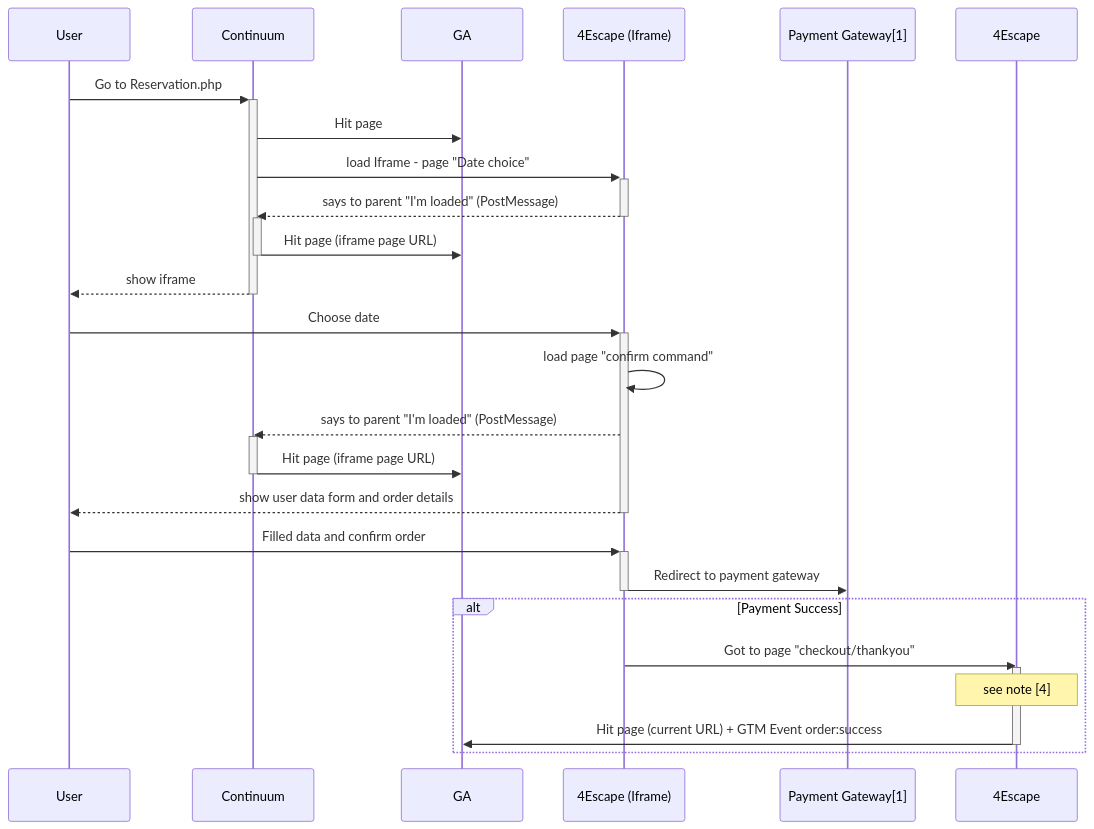
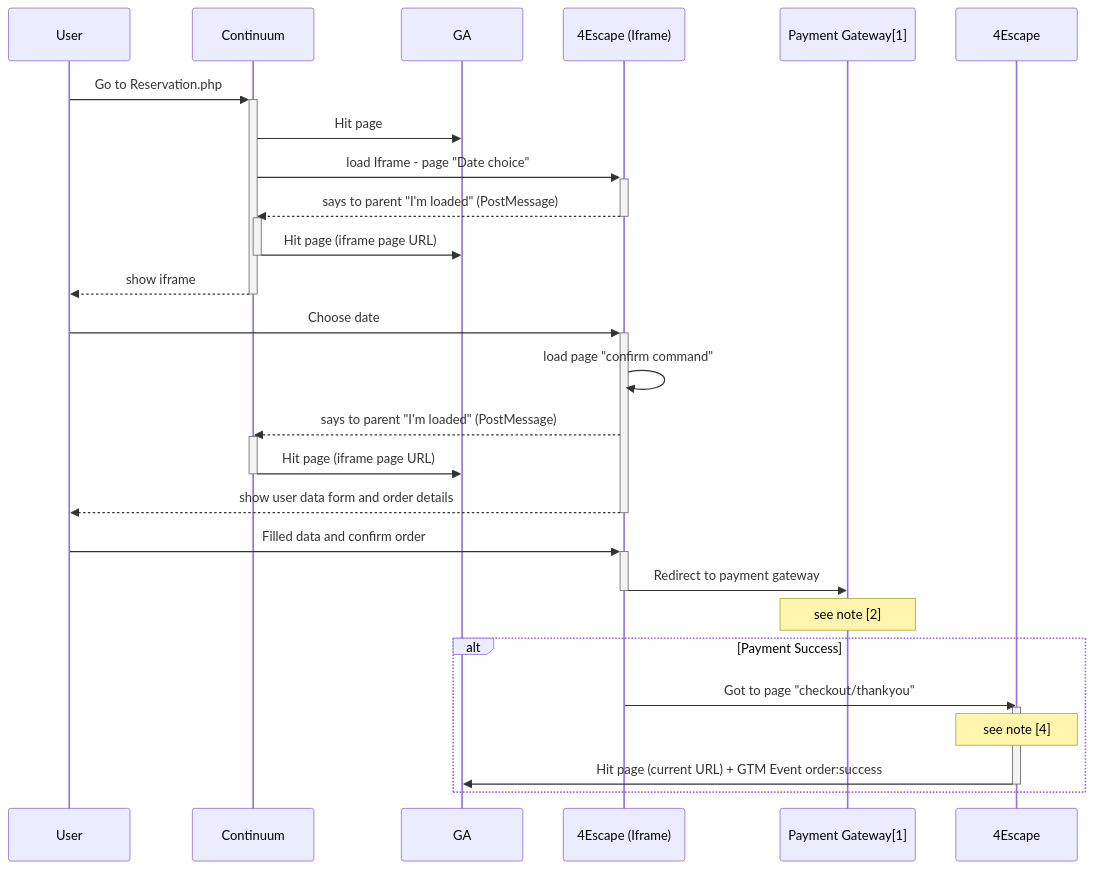
The diagram in doc/continuum/Sequence-session.md (NansPellicari/stackEdit), drawn with Mermaid before and after one commit. The commit also changed other lines of this file, not shown here.

Commit message:
doc/continuum/Sequence-session.md updated from https://stackedit.io/

````diff
--- a/doc/continuum/Sequence-session.md
+++ b/doc/continuum/Sequence-session.md
@@ -1,37 +1,38 @@
 ```mermaid
 sequenceDiagram
 
 User->>+Continuum: Go to Reservation.php
 Continuum->>GA: Hit page
 Continuum->>+4Escape (Iframe): load Iframe - page "Date choice"
 4Escape (Iframe)-->>-Continuum: says to parent "I'm loaded" (PostMessage)
 activate Continuum
 Continuum->>GA: Hit page (iframe page URL)
 deactivate Continuum
 Continuum-->>-User: show iframe
 
 
 User->>+4Escape (Iframe): Choose date
 4Escape (Iframe)->>4Escape (Iframe): load page "confirm command"
 4Escape (Iframe)-->>Continuum: says to parent "I'm loaded" (PostMessage)
 activate Continuum
 Continuum->>GA: Hit page (iframe page URL)
 deactivate Continuum
 4Escape (Iframe)-->>-User: show user data form and order details
 
 
 User->>+4Escape (Iframe): Filled data and confirm order
 4Escape (Iframe)->>-Payment Gateway[1]: Redirect to payment gateway 
+Note over Payment Gateway[1]: see note [2]
 
 
 
 
 
 alt Payment Success
 	4Escape (Iframe)->>4Escape: Got to page "checkout/thankyou"
 	activate 4Escape
 	Note over 4Escape: see note [4]
 	4Escape->>GA: Hit page (current URL) + GTM Event order:success
 	deactivate 4Escape
 end
 ```
````
